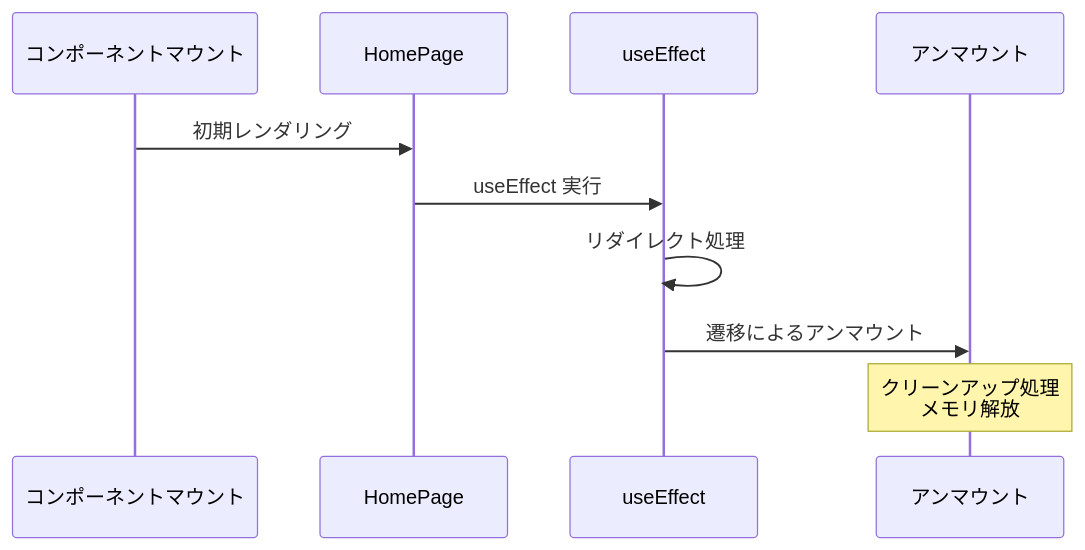
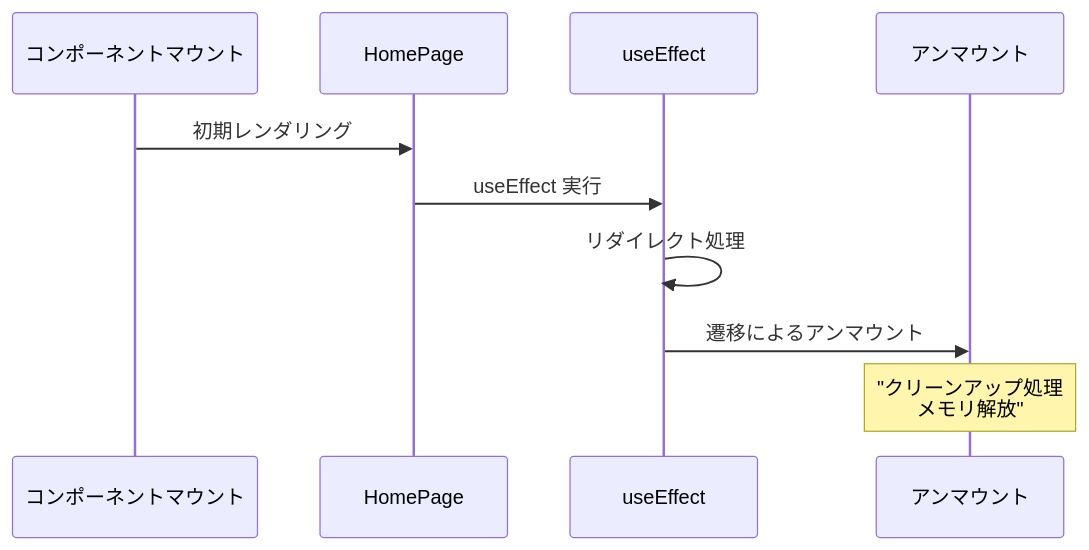
The tenth of 10 diagrams in document/pages/sequence/page.md (wasabi49/ocs-systemDevelopmentExercises), drawn with Mermaid before and after one commit. The commit also changed other lines of this file and 42 other files, not shown here.

First line of the commit message:
fix: mermaidシーケンス図のNote over文でダブルクォーテーション不足を修正

````diff
--- a/document/pages/sequence/page.md
+++ b/document/pages/sequence/page.md
@@ -212,14 +212,14 @@
 ```mermaid
 sequenceDiagram
     participant Mount as コンポーネントマウント
     participant Page as HomePage
     participant Effects as useEffect
     participant Unmount as アンマウント
 
     Mount->>Page: 初期レンダリング
     Page->>Effects: useEffect 実行
     Effects->>Effects: リダイレクト処理
     
     Effects->>Unmount: 遷移によるアンマウント
-    Note over Unmount: クリーンアップ処理<br/>メモリ解放
+    Note over Unmount: "クリーンアップ処理<br/>メモリ解放"
 ```
````
